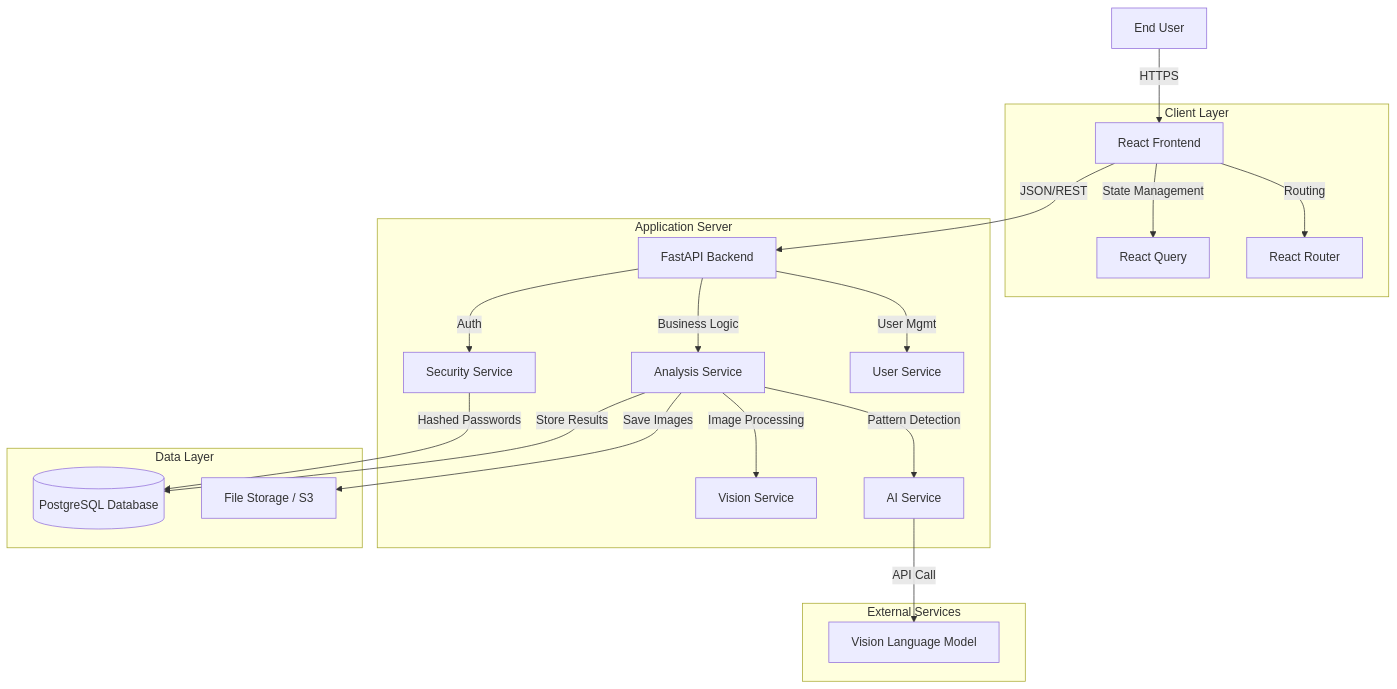
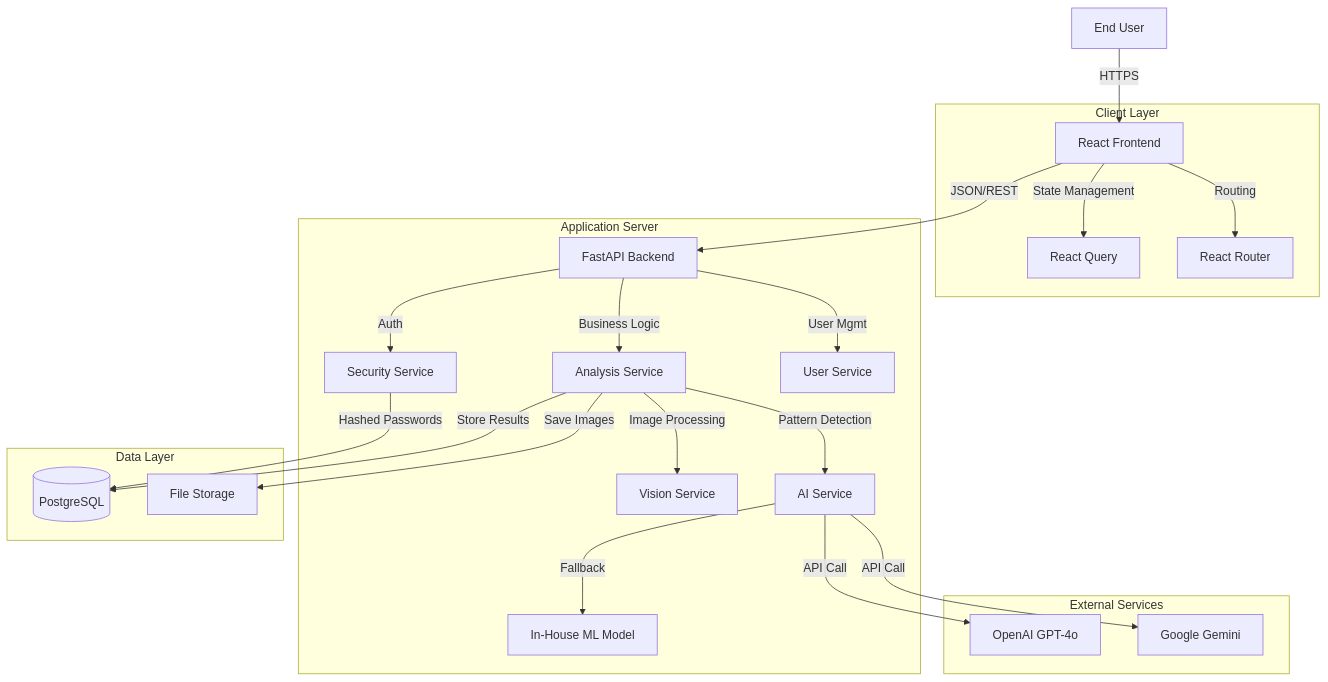
The first of 2 diagrams in README.md (vutikurishanmukha9/Candle-Light), drawn with Mermaid before and after one commit. The commit also changed other lines of this file and 14 other files, not shown here.

Commit message:
feat: Add in-house ML model, deployment configs, and enhanced README

````diff
--- a/README.md
+++ b/README.md
@@ -29,30 +114,32 @@
 ```mermaid
 graph TD
     User[End User] -->|HTTPS| Frontend[React Frontend]
     
     subgraph Client Layer
         Frontend -->|State Management| ReactQuery[React Query]
         Frontend -->|Routing| ReactRouter[React Router]
     end
     
     Frontend -->|JSON/REST| API[FastAPI Backend]
     
     subgraph Application Server
         API -->|Auth| Security[Security Service]
         API -->|Business Logic| AnalysisService[Analysis Service]
         API -->|User Mgmt| UserService[User Service]
         
         AnalysisService -->|Image Processing| Vision[Vision Service]
         AnalysisService -->|Pattern Detection| AIService[AI Service]
+        AIService -->|Fallback| InHouse[In-House ML Model]
     end
     
     subgraph Data Layer
-        Security -->|Hashed Passwords| DB[(PostgreSQL Database)]
+        Security -->|Hashed Passwords| DB[(PostgreSQL)]
         AnalysisService -->|Store Results| DB
-        AnalysisService -->|Save Images| Storage[File Storage / S3]
+        AnalysisService -->|Save Images| Storage[File Storage]
     end
     
     subgraph External Services
-        AIService -->|API Call| LLM[Vision Language Model]
+        AIService -->|API Call| OpenAI[OpenAI GPT-4o]
+        AIService -->|API Call| Gemini[Google Gemini]
     end
 ```
````
